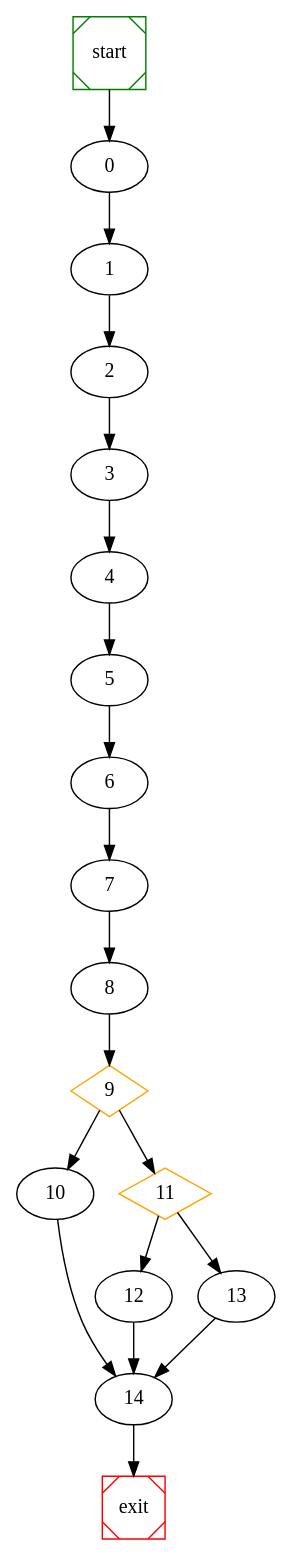
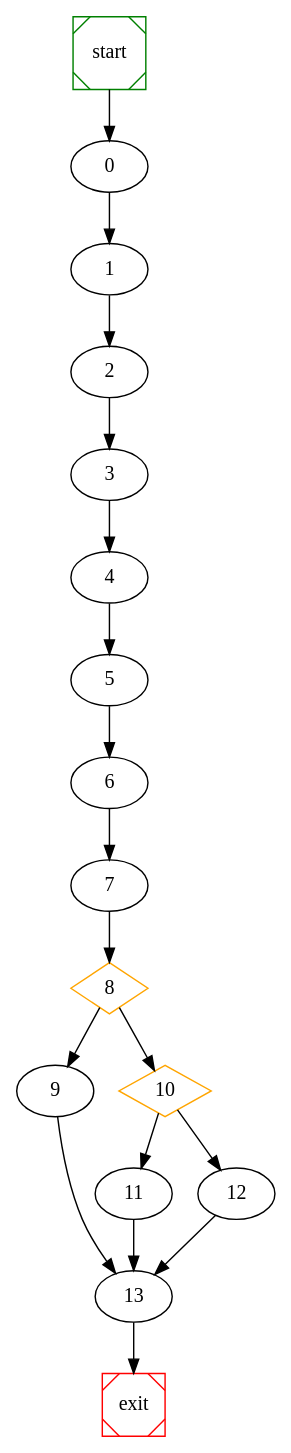
One commit to NabeelQaiser/BTP_2k18-19 changed the diagram in wpc/raw_graph.dot. Above: the diagram before and after it, drawn with Graphviz. The commit also changed 4 other files, not shown here.

```diff
--- a/wpc/raw_graph.dot
+++ b/wpc/raw_graph.dot
@@ -1,27 +1,26 @@
 # dot file created at runtime
 
 digraph G {
 	start -> 0;
 	0 -> 1 ;
 	1 -> 2 ;
 	2 -> 3 ;
 	3 -> 4 ;
 	4 -> 5 ;
 	5 -> 6 ;
 	6 -> 7 ;
+	8 [shape=diamond, color=orange] ;
+	8 -> 9 ;
+	10 [shape=diamond, color=orange] ;
+	8 -> 10 ;
+	10 -> 11 ;
+	10 -> 12 ;
 	7 -> 8 ;
-	9 [shape=diamond, color=orange] ;
-	9 -> 10 ;
-	11 [shape=diamond, color=orange] ;
-	9 -> 11 ;
-	11 -> 12 ;
 	11 -> 13 ;
-	8 -> 9 ;
-	12 -> 14 ;
-	10 -> 14 ;
-	13 -> 14 ;
-	14 -> exit;
+	9 -> 13 ;
+	12 -> 13 ;
+	13 -> exit;
 
 	start [shape=Msquare, color=green];
 	exit [shape=Msquare, color=red];
 }
```
